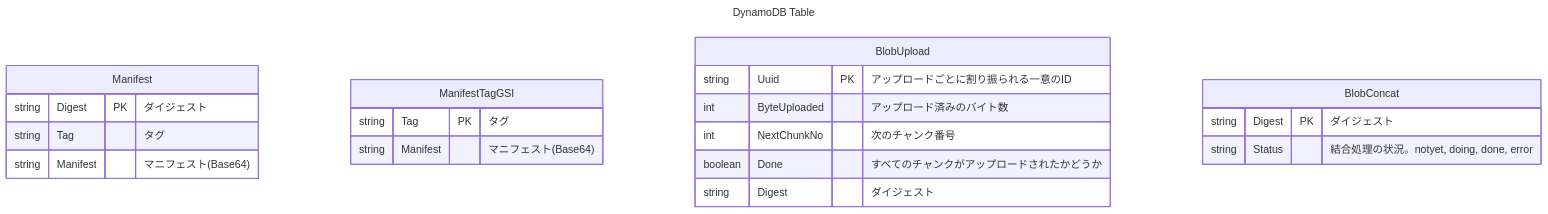
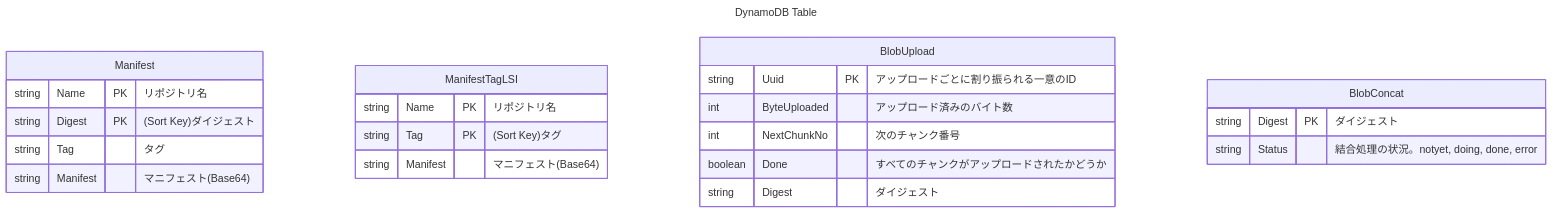
Before and after one commit to a-takamin/TCR: the diagram in tables.md, drawn with Mermaid. The commit also changed 8 other files, not shown here.

````diff
--- a/tables.md
+++ b/tables.md
@@ -1,29 +1,31 @@
 ```mermaid
 ---
 title: DynamoDB Table
 ---
 erDiagram
     Manifest {
-        string Digest PK "ダイジェスト"
+        string Name PK "リポジトリ名"
+        string Digest PK "(Sort Key)ダイジェスト"
         string Tag "タグ"
         string Manifest "マニフェスト(Base64)"
     }
 
-    ManifestTagGSI {
-        string Tag PK "タグ"
+    ManifestTagLSI {
+        string Name PK "リポジトリ名"
+        string Tag PK "(Sort Key)タグ"
         string Manifest "マニフェスト(Base64)"
     }
 
     BlobUpload {
         string Uuid PK "アップロードごとに割り振られる一意のID"
         int ByteUploaded "アップロード済みのバイト数"
         int NextChunkNo "次のチャンク番号"
         boolean Done "すべてのチャンクがアップロードされたかどうか"
         string Digest "ダイジェスト"
     }
 
     BlobConcat {
       string Digest PK "ダイジェスト"
       string Status "結合処理の状況。notyet, doing, done, error"
     }
 ```
````
